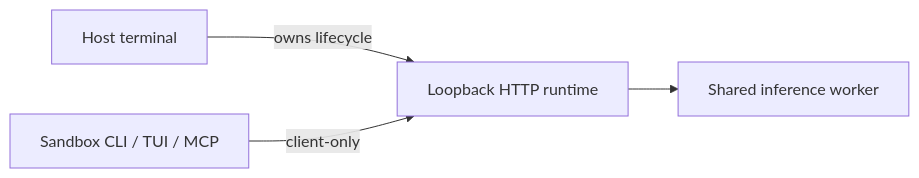
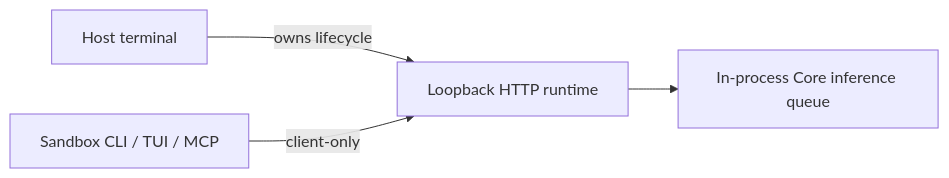
The diagram in docs/runtime.md (risense-ai/respire-docs), drawn with Mermaid before and after one commit. The commit also changed other lines of this file and 20 other files, not shown here.

````diff
--- a/docs/runtime.md
+++ b/docs/runtime.md
@@ -3,6 +3,6 @@
 ```mermaid
 flowchart LR
   Host[Host terminal] -->|owns lifecycle| Runtime[Loopback HTTP runtime]
   Sandbox[Sandbox CLI / TUI / MCP] -->|client-only| Runtime
-  Runtime --> Worker[Shared inference worker]
+  Runtime --> Core[In-process Core inference queue]
 ```
````
